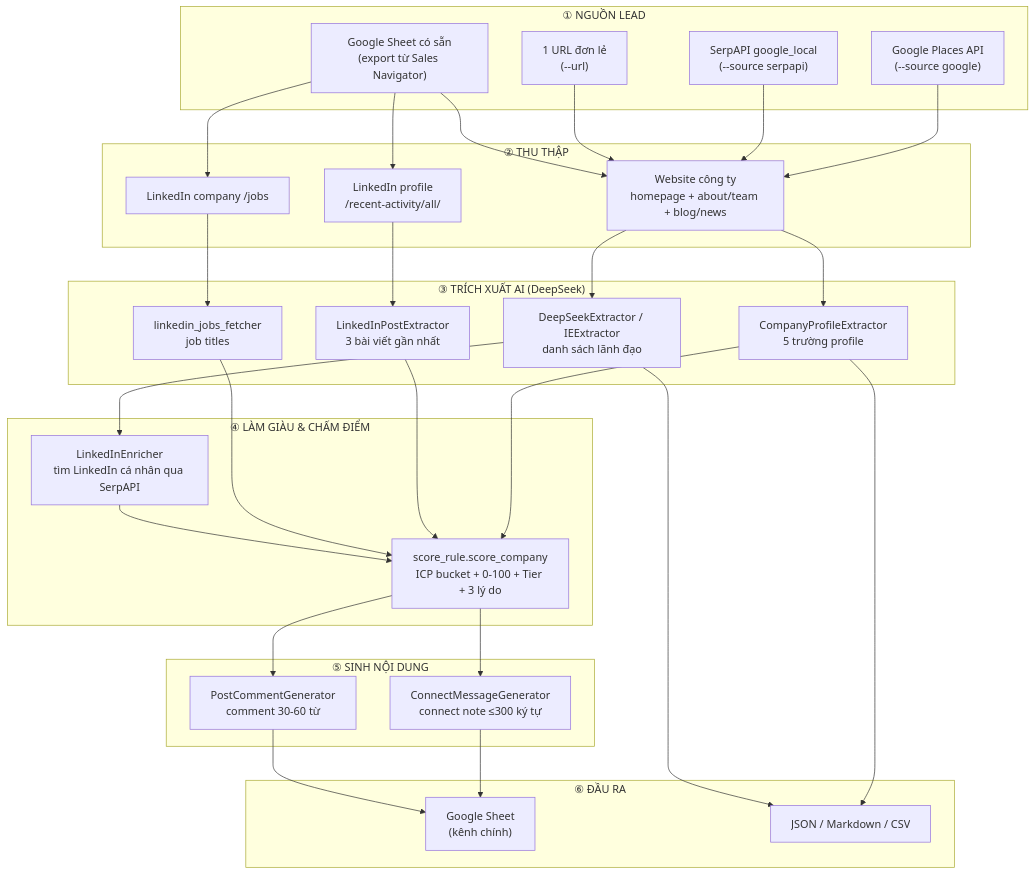
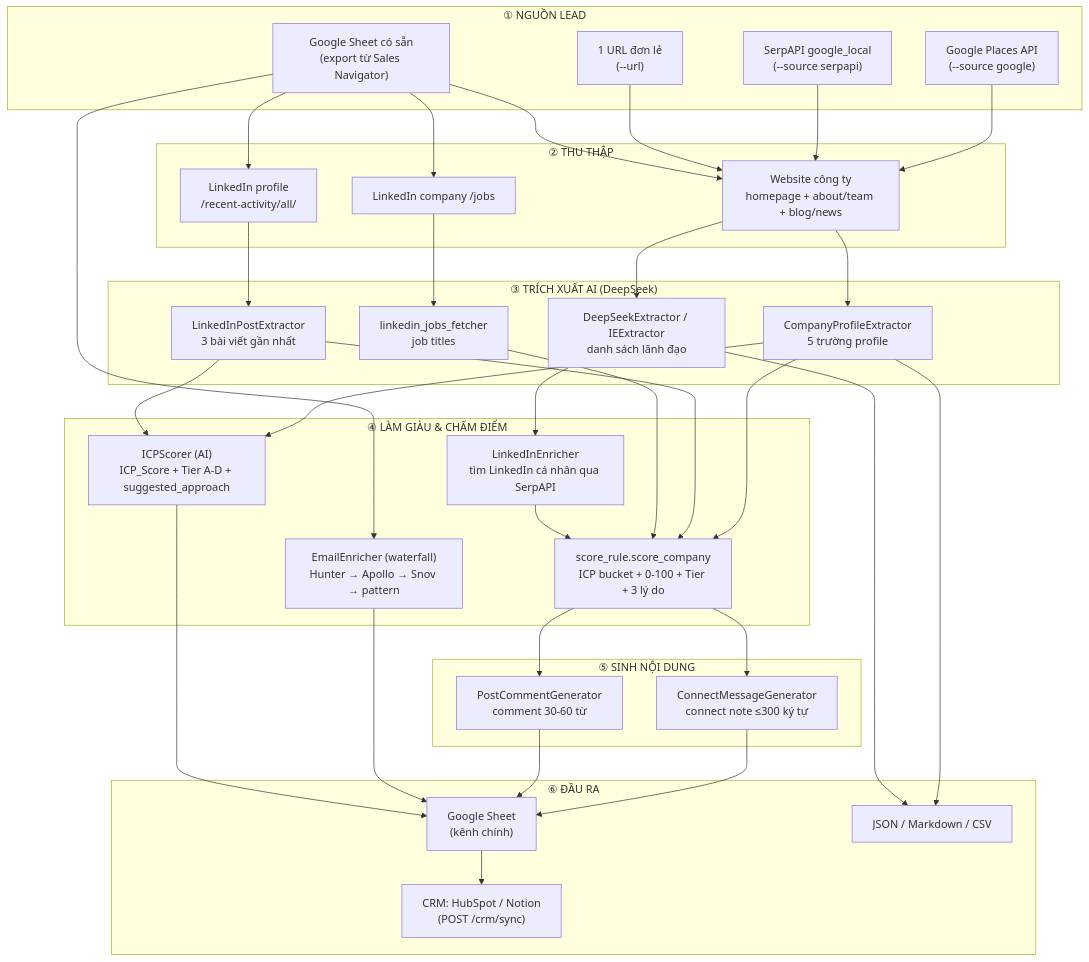
The first of 7 diagrams in SPECS.md (hiepnguyen2000hn/py-linked-crawl), drawn with Mermaid before and after one commit. The commit also changed other lines of this file and 1 other file, not shown here.

````diff
--- a/SPECS.md
+++ b/SPECS.md
@@ -79,48 +97,55 @@
 ```mermaid
 flowchart TD
     subgraph SRC["① NGUỒN LEAD"]
         A1["Google Places API<br/>(--source google)"]
         A2["SerpAPI google_local<br/>(--source serpapi)"]
         A3["Google Sheet có sẵn<br/>(export từ Sales Navigator)"]
         A4["1 URL đơn lẻ<br/>(--url)"]
     end
 
     subgraph CRAWL["② THU THẬP"]
         B1["Website công ty<br/>homepage + about/team + blog/news"]
         B2["LinkedIn company /jobs"]
         B3["LinkedIn profile<br/>/recent-activity/all/"]
     end
 
     subgraph AI["③ TRÍCH XUẤT AI (DeepSeek)"]
         C1["CompanyProfileExtractor<br/>5 trường profile"]
         C2["DeepSeekExtractor / IEExtractor<br/>danh sách lãnh đạo"]
         C3["LinkedInPostExtractor<br/>3 bài viết gần nhất"]
         C4["linkedin_jobs_fetcher<br/>job titles"]
     end
 
     subgraph ENRICH["④ LÀM GIÀU & CHẤM ĐIỂM"]
         D1["LinkedInEnricher<br/>tìm LinkedIn cá nhân qua SerpAPI"]
         D2["score_rule.score_company<br/>ICP bucket + 0-100 + Tier + 3 lý do"]
+        D3["EmailEnricher (waterfall)<br/>Hunter → Apollo → Snov → pattern"]
+        D4["ICPScorer (AI)<br/>ICP_Score + Tier A-D + suggested_approach"]
     end
 
     subgraph GEN["⑤ SINH NỘI DUNG"]
         E1["ConnectMessageGenerator<br/>connect note ≤300 ký tự"]
         E2["PostCommentGenerator<br/>comment 30-60 từ"]
     end
 
     subgraph OUT["⑥ ĐẦU RA"]
         F1["Google Sheet<br/>(kênh chính)"]
         F2["JSON / Markdown / CSV"]
+        F3["CRM: HubSpot / Notion<br/>(POST /crm/sync)"]
     end
 
     A1 & A2 & A4 --> B1
     A3 --> B1 & B2 & B3
     B1 --> C1 & C2
     B2 --> C4
     B3 --> C3
     C2 --> D1
     C1 & C3 & C4 & D1 --> D2
+    A3 --> D3
+    C1 & C3 --> D4
     D2 --> E1 & E2
     E1 & E2 --> F1
+    D3 & D4 --> F1
+    F1 --> F3
     C1 & C2 --> F2
 ```
````
